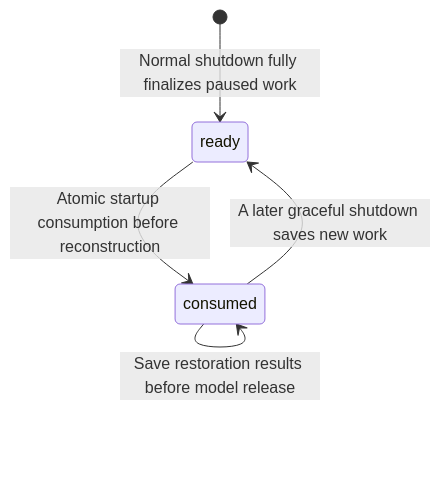
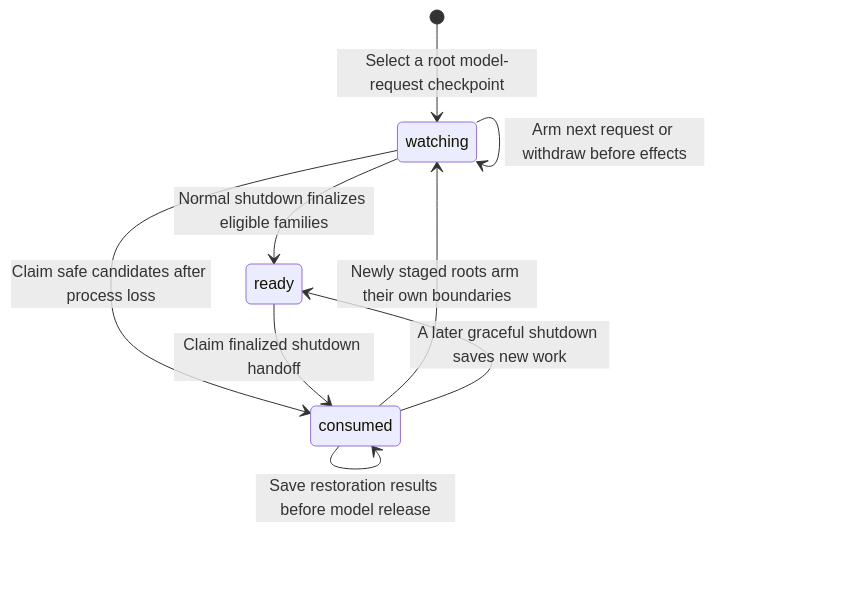
The second of 2 diagrams in spec/a13n-harness-ui/03-local-storage-and-recovery.md (converge-ai-labs/agent-foundation), drawn with Mermaid before and after one commit. The commit also changed other lines of this file and 22 other files, not shown here.

First line of the commit message:
feat(harness-ui)!: recover safe root work after WebUI process loss (#1574)

````diff
--- a/spec/a13n-harness-ui/03-local-storage-and-recovery.md
+++ b/spec/a13n-harness-ui/03-local-storage-and-recovery.md
@@ -498,7 +498,11 @@
 ```mermaid
 stateDiagram-v2
-    [*] --> ready: Normal shutdown fully finalizes paused work
-    ready --> consumed: Atomic startup consumption before reconstruction
+    [*] --> watching: Select a root model-request checkpoint
+    watching --> watching: Arm next request or withdraw before effects
+    watching --> ready: Normal shutdown finalizes eligible families
+    watching --> consumed: Claim safe candidates after process loss
+    ready --> consumed: Claim finalized shutdown handoff
     consumed --> consumed: Save restoration results before model release
+    consumed --> watching: Newly staged roots arm their own boundaries
     consumed --> ready: A later graceful shutdown saves new work
 ```
````
